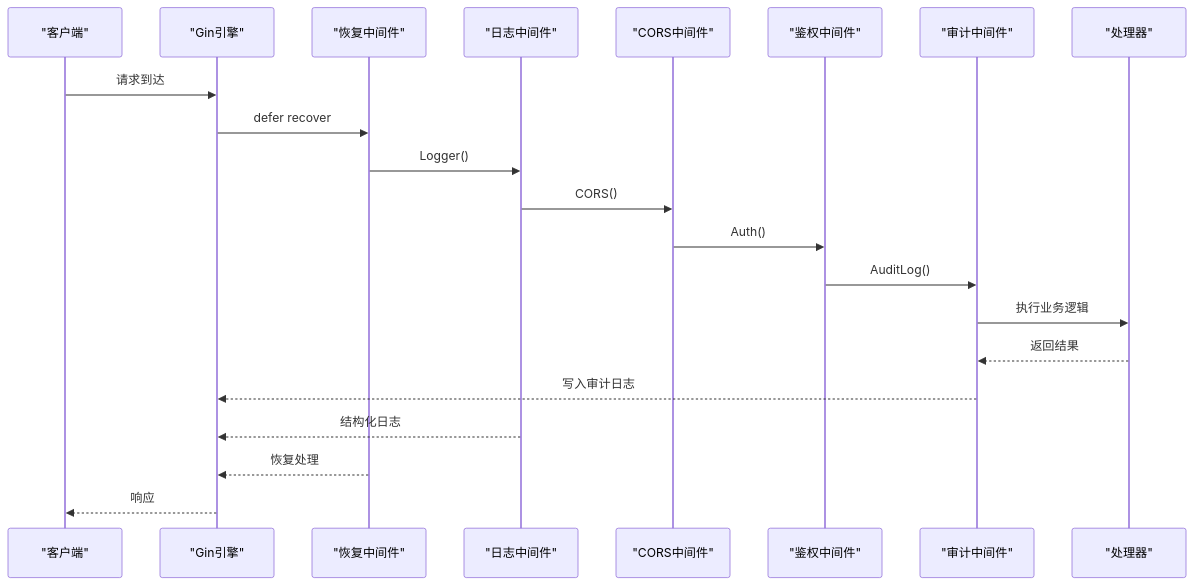
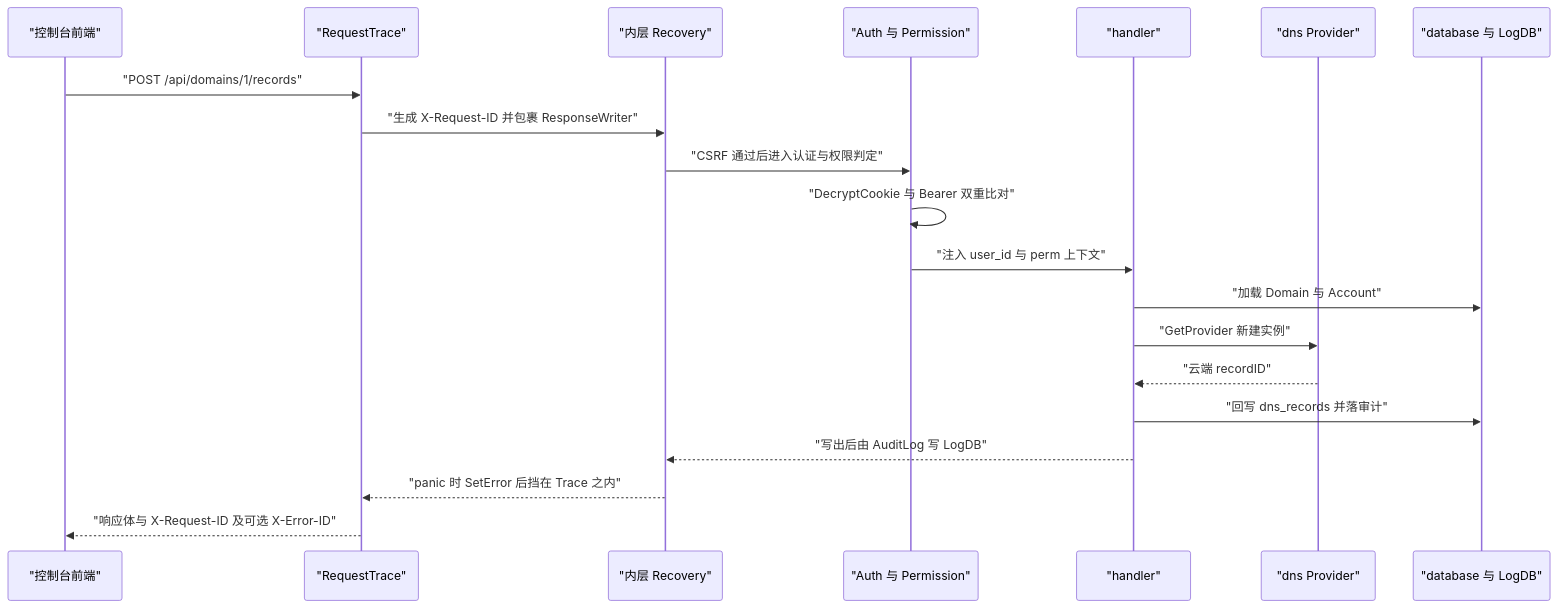
One commit to x01n/dnsplane changed the second of 4 diagrams in docs/系统架构/后端架构.md. Above: the diagram before and after it, drawn with Mermaid. The commit also changed other lines of this file and 326 other files, not shown here.

````diff
--- a/docs/系统架构/后端架构.md
+++ b/docs/系统架构/后端架构.md
@@ -223,23 +281,22 @@
 ```mermaid
 sequenceDiagram
-participant Client as "客户端"
-participant Gin as "Gin引擎"
-participant Rec as "恢复中间件"
-participant Log as "日志中间件"
-participant CORS as "CORS中间件"
-participant Auth as "鉴权中间件"
-participant Audit as "审计中间件"
-participant Handler as "处理器"
-Client->>Gin : 请求到达
-Gin->>Rec : defer recover
-Rec->>Log : Logger()
-Log->>CORS : CORS()
-CORS->>Auth : Auth()
-Auth->>Audit : AuditLog()
-Audit->>Handler : 执行业务逻辑
-Handler-->>Audit : 返回结果
-Audit-->>Gin : 写入审计日志
-Log-->>Gin : 结构化日志
-Rec-->>Gin : 恢复处理
-Gin-->>Client : 响应
+    participant FE as "控制台前端"
+    participant TRC as "RequestTrace"
+    participant REC as "内层 Recovery"
+    participant AUTH as "Auth 与 Permission"
+    participant H as "handler"
+    participant P as "dns Provider"
+    participant DB as "database 与 LogDB"
+    FE->>TRC: "POST /api/domains/1/records"
+    TRC->>REC: "生成 X-Request-ID 并包裹 ResponseWriter"
+    REC->>AUTH: "CSRF 通过后进入认证与权限判定"
+    AUTH->>AUTH: "DecryptCookie 与 Bearer 双重比对"
+    AUTH->>H: "注入 user_id 与 perm 上下文"
+    H->>DB: "加载 Domain 与 Account"
+    H->>P: "GetProvider 新建实例"
+    P-->>H: "云端 recordID"
+    H->>DB: "回写 dns_records 并落审计"
+    H-->>REC: "写出后由 AuditLog 写 LogDB"
+    REC-->>TRC: "panic 时 SetError 后挡在 Trace 之内"
+    TRC-->>FE: "响应体与 X-Request-ID 及可选 X-Error-ID"
 ```
````
